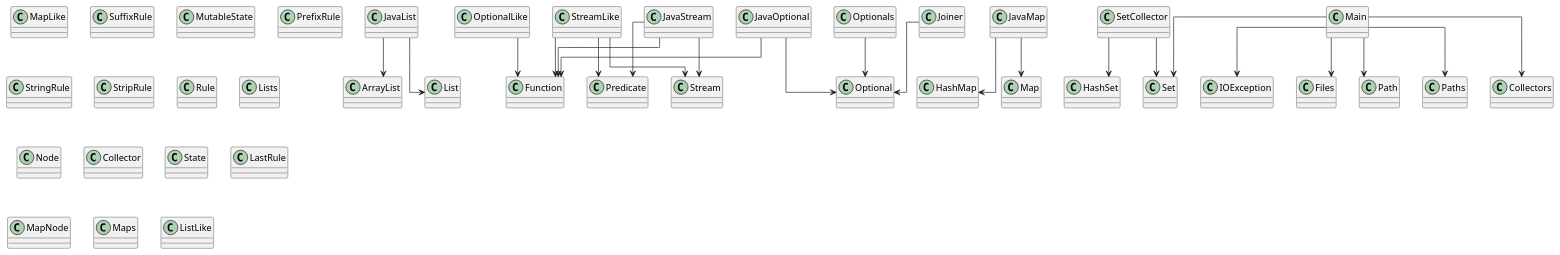
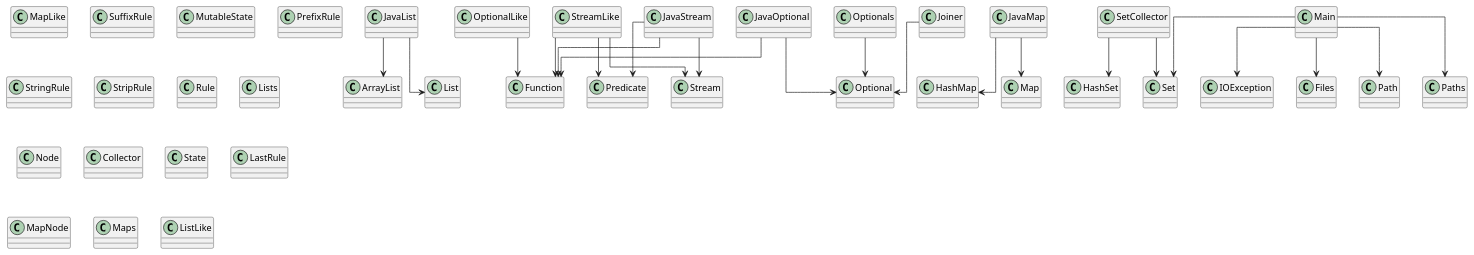
The diagram in diagram.puml (SirMathhman/Magma), drawn with PlantUML before and after one commit.

```diff
--- a/diagram.puml
+++ b/diagram.puml
@@ -1,52 +1,51 @@
 @startuml
 skinparam linetype ortho
 class MapLike
 class SuffixRule
 class JavaList
 JavaList --> ArrayList
 JavaList --> List
 class MutableState
 class StreamLike
 StreamLike --> Function
 StreamLike --> Predicate
 StreamLike --> Stream
 class PrefixRule
 class StringRule
 class StripRule
 class Joiner
 Joiner --> Optional
 class Rule
 class Lists
 class Node
 class Collector
 class OptionalLike
 OptionalLike --> Function
 class State
 class JavaMap
 JavaMap --> HashMap
 JavaMap --> Map
 class JavaStream
 JavaStream --> Function
 JavaStream --> Predicate
 JavaStream --> Stream
 class LastRule
 class SetCollector
 SetCollector --> HashSet
 SetCollector --> Set
 class MapNode
 class Main
 Main --> IOException
 Main --> Files
 Main --> Path
 Main --> Paths
 Main --> Set
-Main --> Collectors
 class Optionals
 Optionals --> Optional
 class Maps
 class ListLike
 class JavaOptional
 JavaOptional --> Optional
 JavaOptional --> Function
 
 @enduml
```
